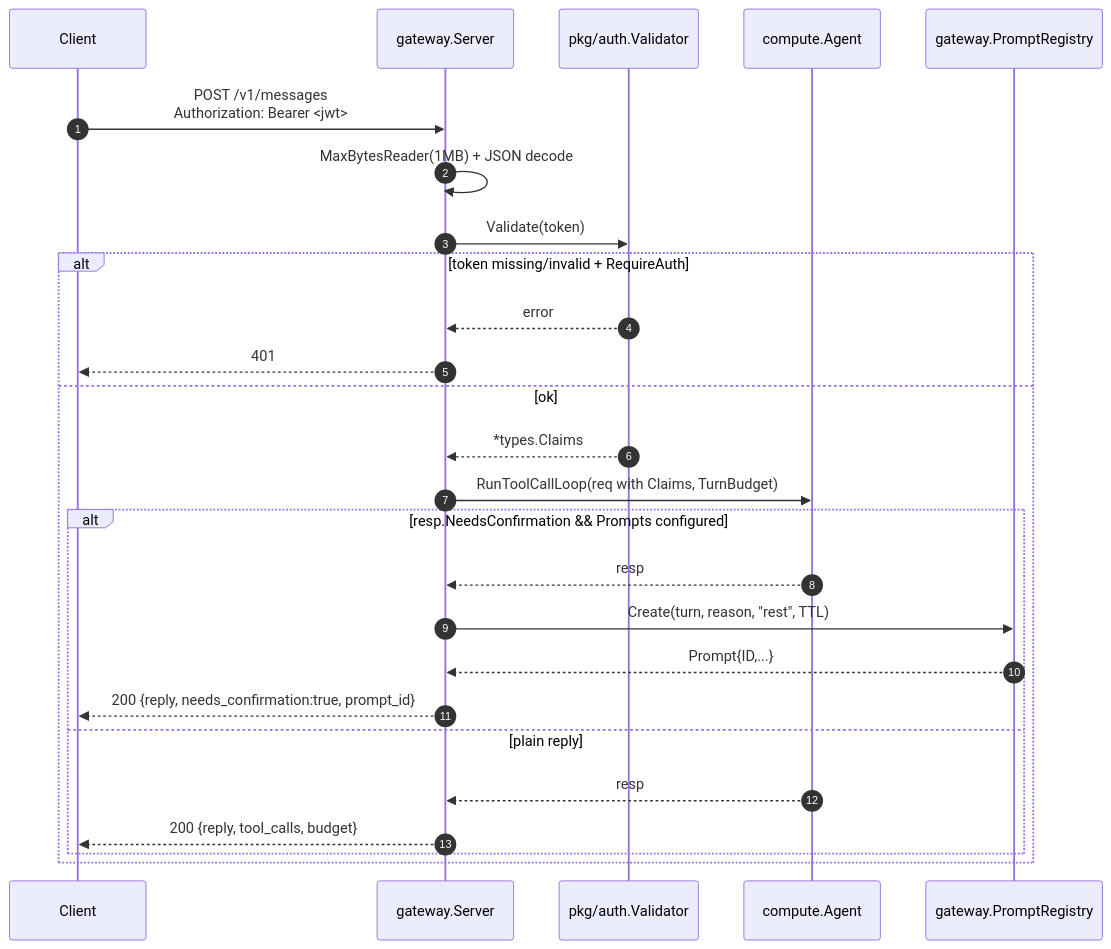
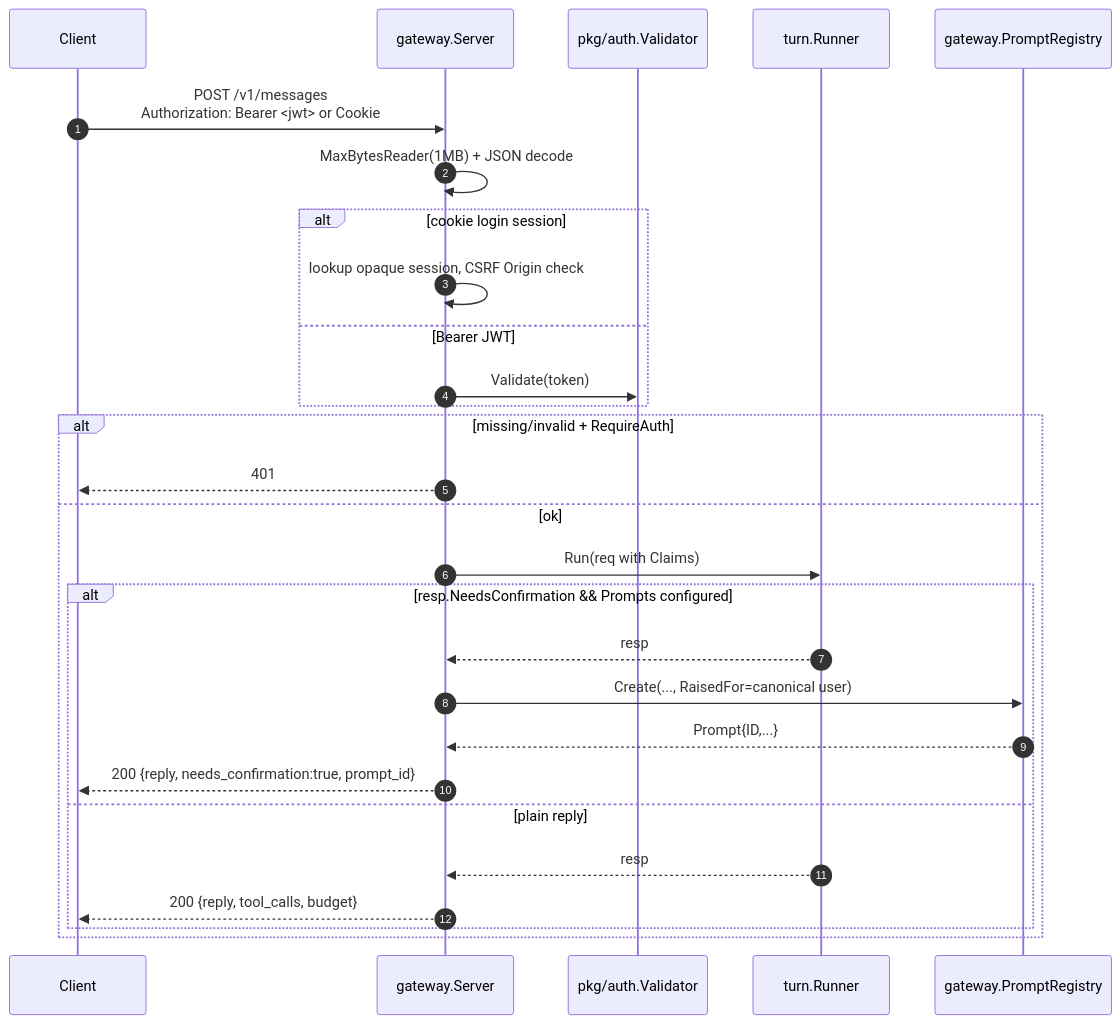
One commit to Sheardo/lobslaw changed the first of 4 diagrams in docs/dev/GATEWAY.md. Above: the diagram before and after it, drawn with Mermaid. The commit also changed other lines of this file and 14 other files, not shown here.

First line of the commit message:
feat(gateway): add web-channel login sessions and REST authz

````diff
--- a/docs/dev/GATEWAY.md
+++ b/docs/dev/GATEWAY.md
@@ -17,29 +17,31 @@
 ```mermaid
 sequenceDiagram
   autonumber
   participant Client
   participant Server as gateway.Server
   participant Auth as pkg/auth.Validator
-  participant Agent as compute.Agent
+  participant Runner as turn.Runner
   participant Prompts as gateway.PromptRegistry
 
-  Client->>Server: POST /v1/messages<br/>Authorization: Bearer <jwt>
+  Client->>Server: POST /v1/messages<br/>Authorization: Bearer <jwt> or Cookie
   Server->>Server: MaxBytesReader(1MB) + JSON decode
-  Server->>Auth: Validate(token)
-  alt token missing/invalid + RequireAuth
-    Auth-->>Server: error
+  alt cookie login session
+    Server->>Server: lookup opaque session, CSRF Origin check
+  else Bearer JWT
+    Server->>Auth: Validate(token)
+  end
+  alt missing/invalid + RequireAuth
     Server-->>Client: 401
   else ok
-    Auth-->>Server: *types.Claims
-    Server->>Agent: RunToolCallLoop(req with Claims, TurnBudget)
+    Server->>Runner: Run(req with Claims)
     alt resp.NeedsConfirmation && Prompts configured
-      Agent-->>Server: resp
-      Server->>Prompts: Create(turn, reason, "rest", TTL)
+      Runner-->>Server: resp
+      Server->>Prompts: Create(..., RaisedFor=canonical user)
       Prompts-->>Server: Prompt{ID,...}
       Server-->>Client: 200 {reply, needs_confirmation:true, prompt_id}
     else plain reply
-      Agent-->>Server: resp
+      Runner-->>Server: resp
       Server-->>Client: 200 {reply, tool_calls, budget}
     end
   end
 ```
````
